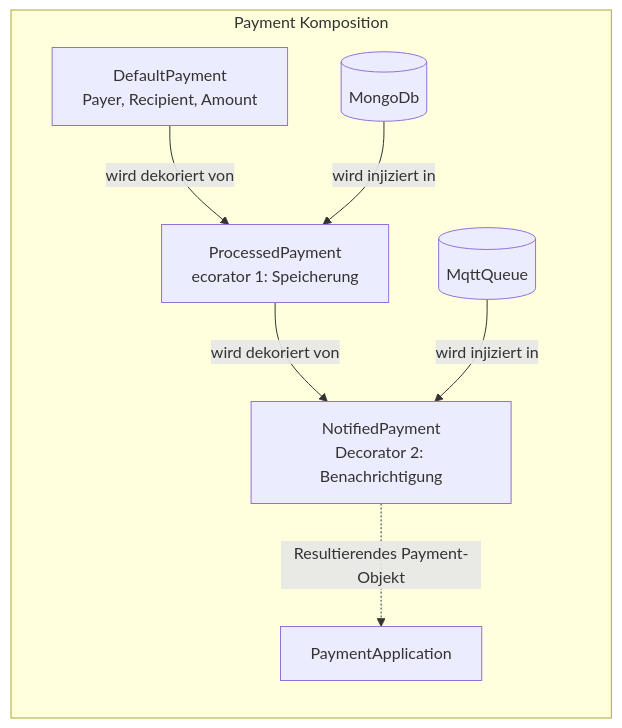
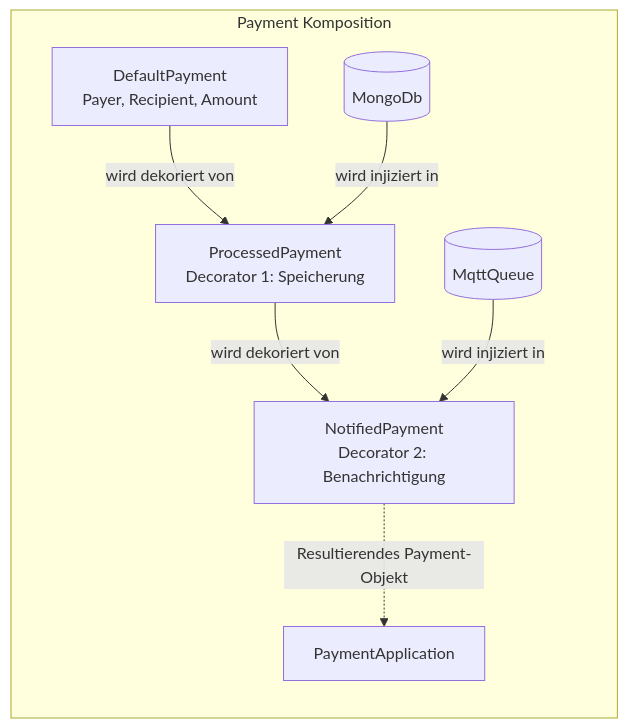
Before and after one commit to andreas-wagner-dev/object-oriented-learning-journey: the fourth of 5 diagrams in blog/000_system_composition_de.md, drawn with Mermaid.

````diff
--- a/blog/000_system_composition_de.md
+++ b/blog/000_system_composition_de.md
@@ -440,24 +440,24 @@
 ```mermaid
 flowchart TD
 
     subgraph PaymentComposition["Payment Komposition"]
         direction TB
 
         Deco["DefaultPayment<br/>Payer, Recipient, Amount"]
 
-        D1["ProcessedPayment<br/>ecorator 1: Speicherung"]
+        D1["ProcessedPayment<br/>Decorator 1: Speicherung"]
         D2["NotifiedPayment<br/>Decorator 2: Benachrichtigung"]
 
         Mongo[(MongoDb)]
         Mqtt[(MqttQueue)]
 
         Deco -->|wird dekoriert von| D1
         Mongo -->|wird injiziert in| D1
 
         D1 -->|wird dekoriert von| D2
         Mqtt -->|wird injiziert in| D2
         
         D2 -.->|Resultierendes Payment-Objekt| Application[PaymentApplication]
     end
 
 ```
````
